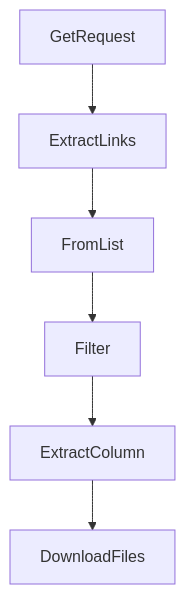
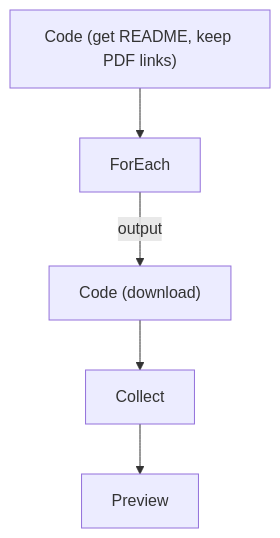
The diagram in docs/workflows/fetch-papers.md (nodetool-ai/nodetool), drawn with Mermaid before and after one commit. The commit also changed other lines of this file and 118 other files, not shown here.

```diff
--- a/docs/workflows/fetch-papers.md
+++ b/docs/workflows/fetch-papers.md
@@ -22,14 +33,12 @@
 {% mermaid %}
 graph TD
-  fromlist_5["FromList"]
-  filter_6["Filter"]
-  extractcolumn_25["ExtractColumn"]
-  extractlinks_32["ExtractLinks"]
-  downloadfiles_21698c["DownloadFiles"]
-  getrequest_422102["GetRequest"]
-  fromlist_5 --> filter_6
-  extractlinks_32 --> fromlist_5
-  filter_6 --> extractcolumn_25
-  extractcolumn_25 --> downloadfiles_21698c
-  getrequest_422102 --> extractlinks_32
+  readme["Code (get README, keep PDF links)"]
+  each["ForEach"]
+  download["Code (download)"]
+  collect["Collect"]
+  preview["Preview"]
+  readme --> each
+  each -->|output| download
+  download --> collect
+  collect --> preview
 {% endmermaid %}
```
